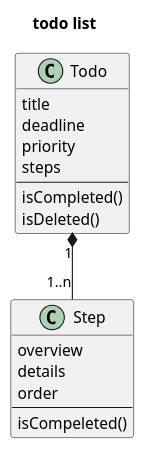
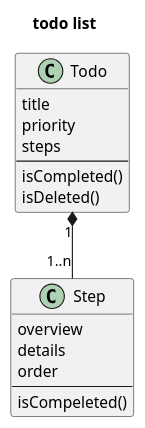
Before and after one commit to Keyhoh/short-todo-list: the diagram in docs/class-diagram.pu, drawn with PlantUML. The commit also changed 7 other files, not shown here.

```diff
--- a/docs/class-diagram.pu
+++ b/docs/class-diagram.pu
@@ -1,24 +1,23 @@
 @startuml
 title todo list
 
 class Todo{
     title
-    deadline
     priority
     steps
     --
     isCompleted()
     isDeleted()
 }
 
 class Step{
     overview
     details
     order
     --
     isCompeleted()
 }
 
 Todo "1" *-- "1..n" Step
 
 @enduml
```
